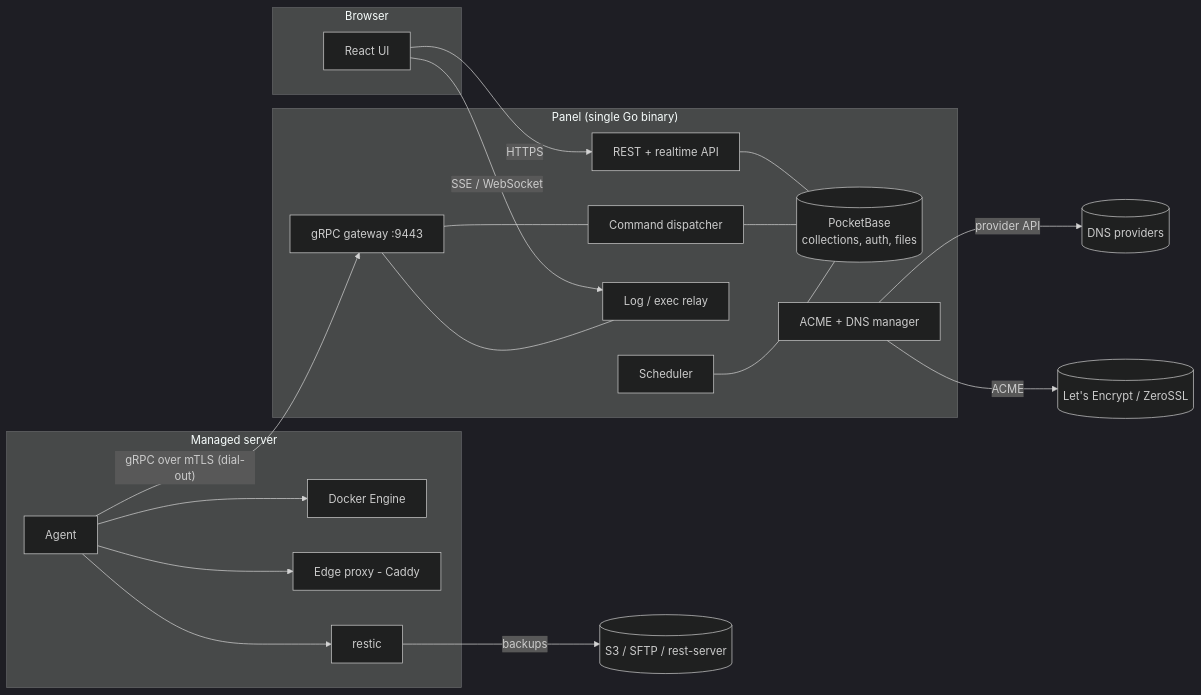
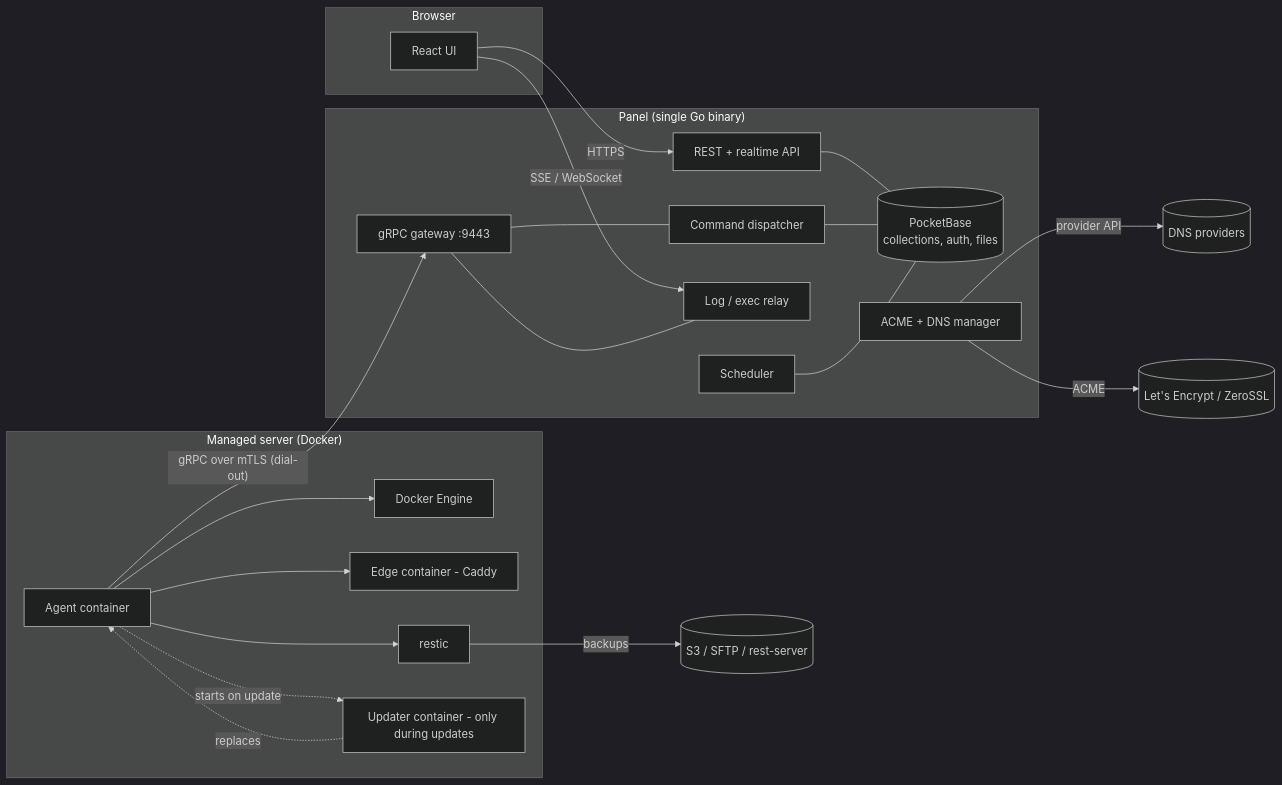
Before and after one commit to oldbear24/PocketServerManager: the first of 6 diagrams in docs/architecture.md, drawn with Mermaid (dark theme). The commit also changed other lines of this file and 16 other files, not shown here.

First line of the commit message:
Run agents as Docker containers with a temporary updater

````diff
--- a/docs/architecture.md
+++ b/docs/architecture.md
@@ -10,38 +10,41 @@
 ```mermaid
 flowchart LR
   subgraph Browser
     UI[React UI]
   end
 
   subgraph Panel["Panel (single Go binary)"]
     PB[(PocketBase<br/>collections, auth, files)]
     API[REST + realtime API]
     GW[gRPC gateway :9443]
     CQ[Command dispatcher]
     REL[Log / exec relay]
     ACME[ACME + DNS manager]
     SCHED[Scheduler]
   end
 
-  subgraph Server["Managed server"]
-    AG[Agent]
+  subgraph Server["Managed server (Docker)"]
+    AG[Agent container]
     DK[Docker Engine]
-    EDGE[Edge proxy - Caddy]
+    EDGE[Edge container - Caddy]
     RS[restic]
+    UPD[Updater container - only during updates]
   end
 
   UI -- HTTPS --> API
   UI -- SSE / WebSocket --> REL
   API --- PB
   CQ --- PB
   SCHED --- PB
   AG -- "gRPC over mTLS (dial-out)" --> GW
   GW --- CQ
   GW --- REL
   AG --> DK
   AG --> EDGE
   AG --> RS
+  AG -. starts on update .-> UPD
+  UPD -. replaces .-> AG
   ACME -- provider API --> DNS[(DNS providers)]
   ACME -- ACME --> CA[(Let's Encrypt / ZeroSSL)]
   RS -- backups --> TGT[(S3 / SFTP / rest-server)]
 ```
````
